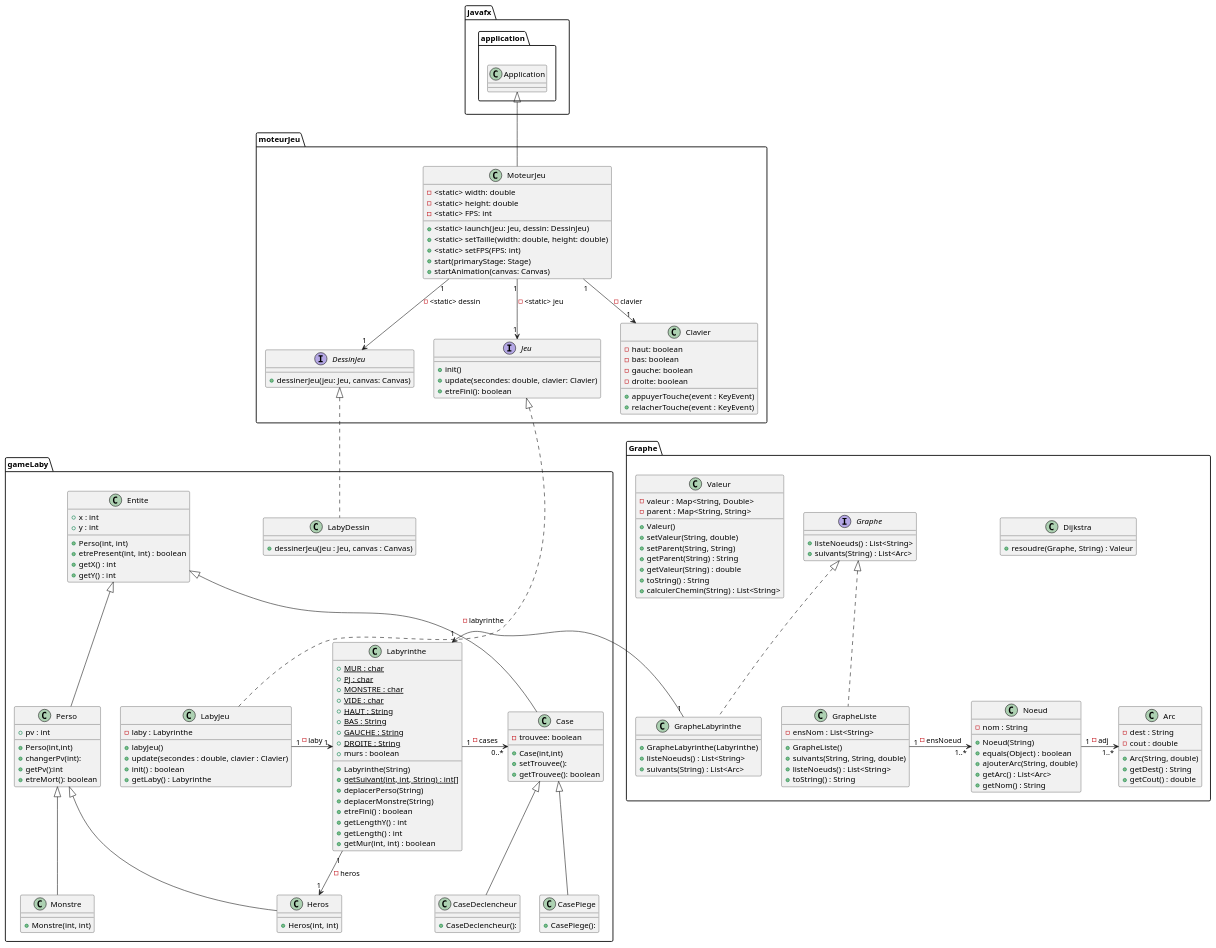
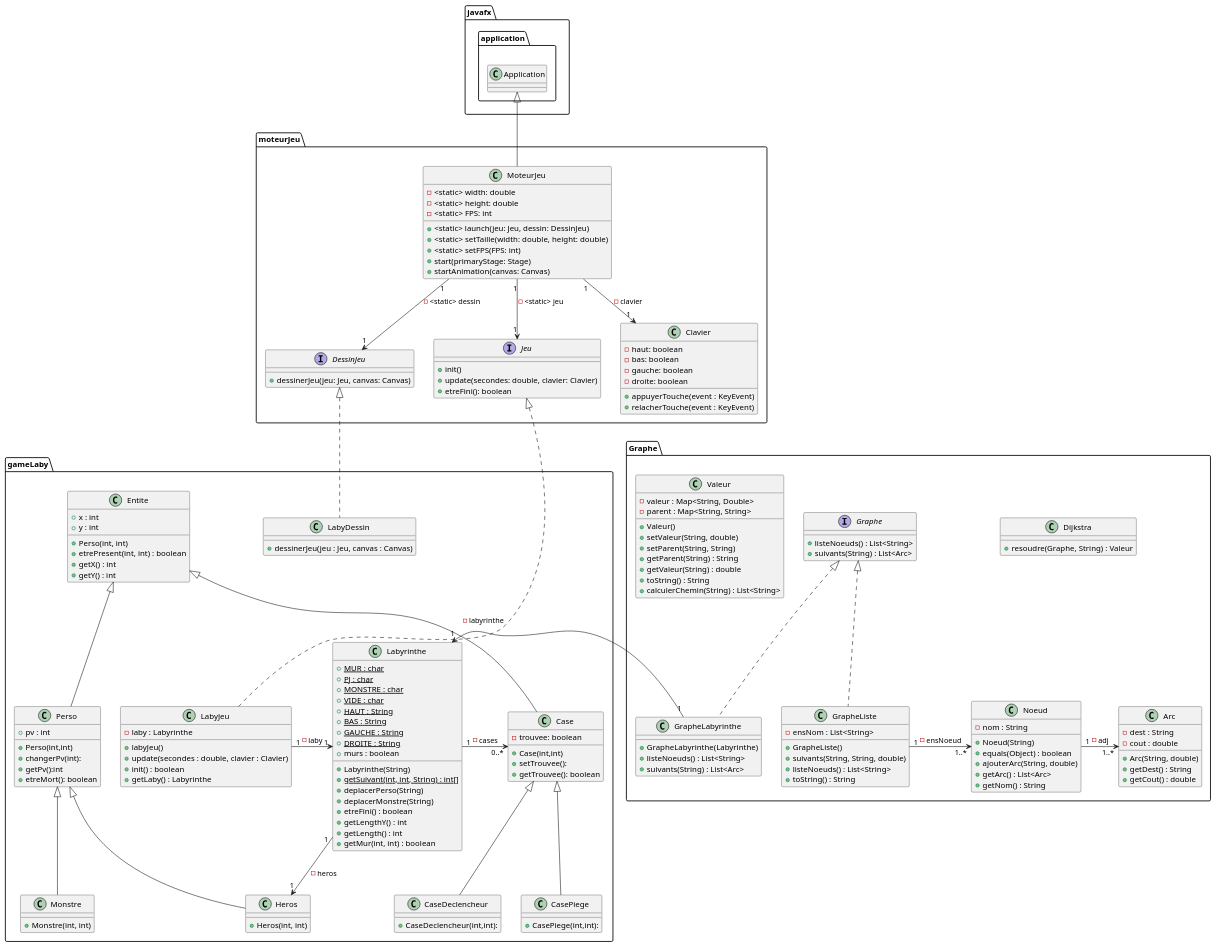
One commit to Stephane-Lpt/SAE_2.01_Zeldiablo changed the diagram in documents/version_3/nouvelleConceptionEntites.puml. Above: the diagram before and after it, drawn with PlantUML.

Commit message:
Rectification du dernier commit : oubli de paramètres

```diff
--- a/documents/version_3/nouvelleConceptionEntites.puml
+++ b/documents/version_3/nouvelleConceptionEntites.puml
@@ -119,11 +119,11 @@
 }
 
 class CasePiege{
-    + CasePiege():
+    + CasePiege(int,int):
 }
 
 class CaseDeclencheur{
-    + CaseDeclencheur():
+    + CaseDeclencheur(int,int):
 }
 
 
```
